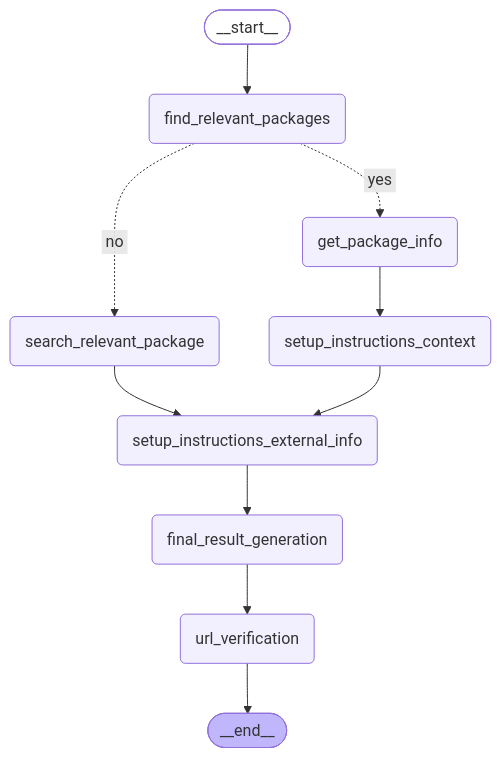
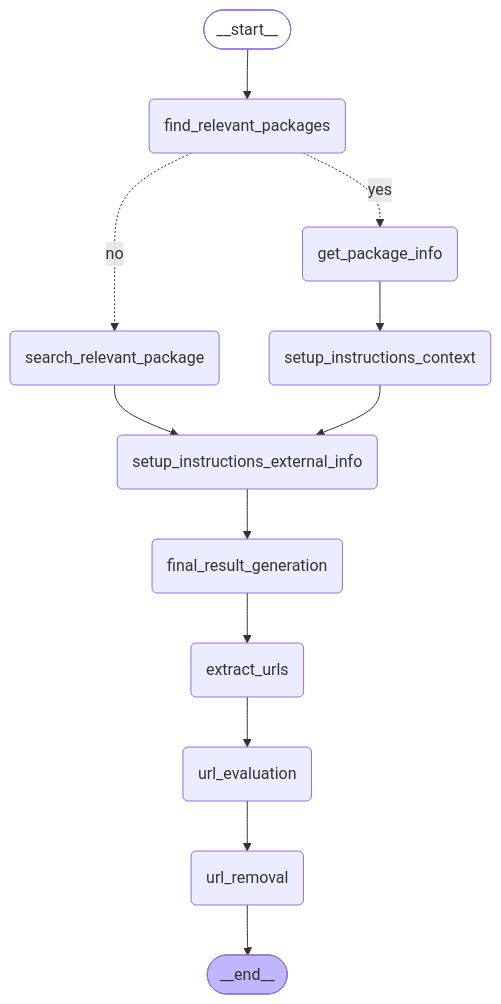
Before and after one commit to vinit-chauhan/workflows: the diagram in README.md, drawn with Mermaid. The commit also changed other lines of this file and 5 other files, not shown here.

````diff
--- a/README.md
+++ b/README.md
@@ -215,24 +141,29 @@
 ```mermaid
 graph TD;
-        __start__([<p>__start__</p>]):::first
-        find_relevant_packages(find_relevant_packages)
-        get_package_info(get_package_info)
-        setup_instructions_external_info(setup_instructions_external_info)
-        setup_instructions_context(setup_instructions_context)
-        search_relevant_package(search_relevant_package)
-        final_result_generation(final_result_generation)
-        url_verification(url_verification)
-        __end__([<p>__end__</p>]):::last
-        __start__ --> find_relevant_packages;
-        final_result_generation --> url_verification;
-        find_relevant_packages -. &nbsp;yes&nbsp; .-> get_package_info;
-        find_relevant_packages -. &nbsp;no&nbsp; .-> search_relevant_package;
-        get_package_info --> setup_instructions_context;
-        search_relevant_package --> setup_instructions_external_info;
-        setup_instructions_context --> setup_instructions_external_info;
-        setup_instructions_external_info --> final_result_generation;
-        url_verification --> __end__;
-        classDef default fill:#f2f0ff,line-height:1.2
-        classDef first fill-opacity:0
-        classDef last fill:#bfb6fc
+    __start__([__start__]):::first
+    find_relevant_packages(find_relevant_packages)
+    get_package_info(get_package_info)
+    setup_instructions_external_info(setup_instructions_external_info)
+    setup_instructions_context(setup_instructions_context)
+    search_relevant_package(search_relevant_package)
+    final_result_generation(final_result_generation)
+    extract_urls(extract_urls)
+    url_evaluation(url_evaluation)
+    url_removal(url_removal)
+    __end__([__end__]):::last
+    
+    __start__ --> find_relevant_packages
+    find_relevant_packages -. yes .-> get_package_info
+    find_relevant_packages -. no .-> search_relevant_package
+    get_package_info --> setup_instructions_context
+    search_relevant_package --> setup_instructions_external_info
+    setup_instructions_context --> setup_instructions_external_info
+    setup_instructions_external_info --> final_result_generation
+    final_result_generation --> extract_urls
+    extract_urls --> url_evaluation
+    url_evaluation --> url_removal
+    url_removal --> __end__
+    
+    classDef first fill-opacity:0
+    classDef last fill:#bfb6fc
 ```
````
